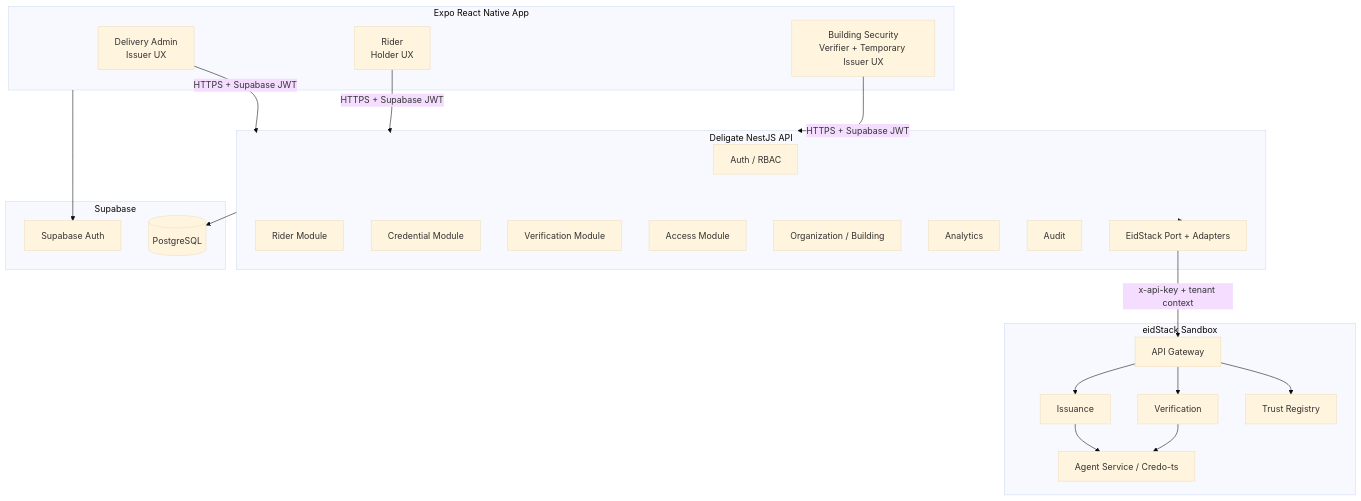
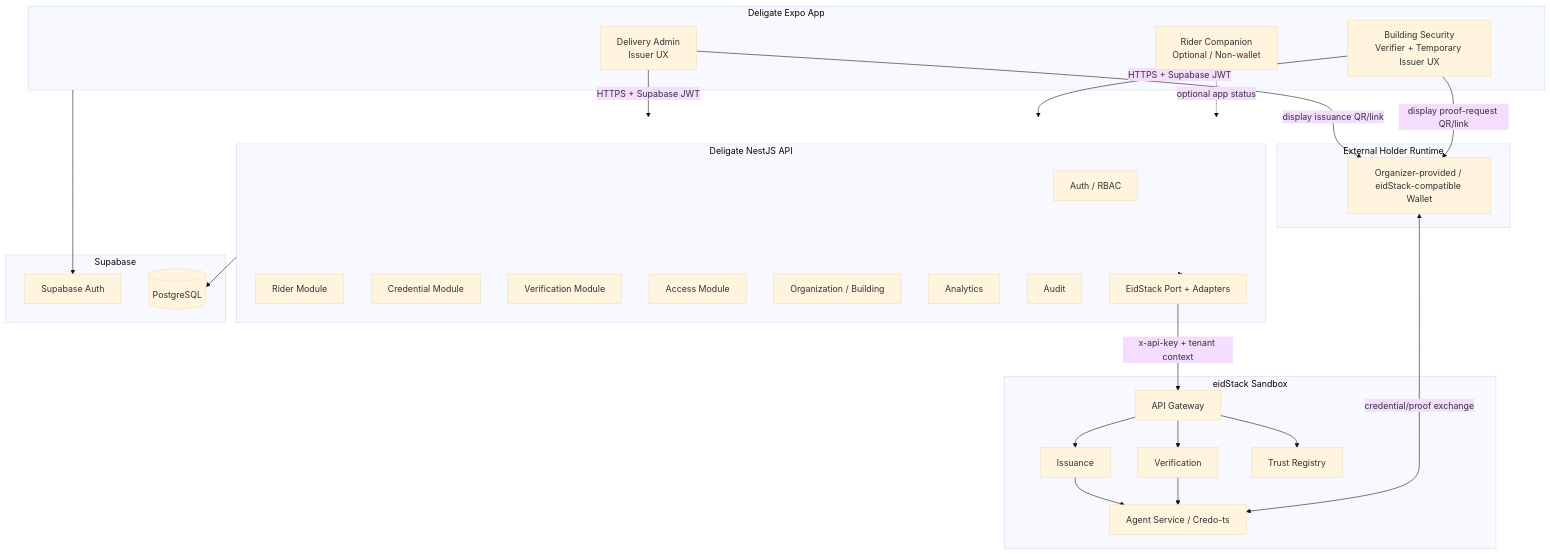
One commit to midhun00071/Deligate changed the first of 4 diagrams in docs/ARCH.md. Above: the diagram before and after it, drawn with Mermaid (base theme). The commit also changed other lines of this file and 36 other files, not shown here.

Commit message:
feat: establish app infrastructure and eidStack boundaries

````diff
--- a/docs/ARCH.md
+++ b/docs/ARCH.md
@@ -5,46 +5,53 @@
 ```mermaid
 flowchart TB
-  subgraph Mobile[Expo React Native App]
+  subgraph Mobile[Deligate Expo App]
     DA[Delivery Admin\nIssuer UX]
-    R[Rider\nHolder UX]
     G[Building Security\nVerifier + Temporary Issuer UX]
+    RC[Rider Companion\nOptional / Non-wallet]
+  end
+
+  subgraph WalletBoundary[External Holder Runtime]
+    W[Organizer-provided / eidStack-compatible Wallet]
   end
 
   subgraph API[Deligate NestJS API]
     AUTH[Auth / RBAC]
     RIDER[Rider Module]
     CRED[Credential Module]
     VERIFY[Verification Module]
     ACCESS[Access Module]
     ORG[Organization / Building]
     ANALYTICS[Analytics]
     AUDIT[Audit]
     EID[EidStack Port + Adapters]
   end
 
   subgraph SUPA[Supabase]
     SA[Supabase Auth]
     DB[(PostgreSQL)]
   end
 
   subgraph EIDS[eidStack Sandbox]
     GW[API Gateway]
     AG[Agent Service / Credo-ts]
     ISS[Issuance]
     VER[Verification]
     TRUST[Trust Registry]
   end
 
   DA -->|HTTPS + Supabase JWT| API
-  R -->|HTTPS + Supabase JWT| API
   G -->|HTTPS + Supabase JWT| API
+  RC -. optional app status .-> API
   Mobile --> SA
   API --> DB
   API --> EID
   EID -->|x-api-key + tenant context| GW
   GW --> ISS
   GW --> VER
   GW --> TRUST
   ISS --> AG
   VER --> AG
+  DA -->|display issuance QR/link| W
+  G -->|display proof-request QR/link| W
+  W <-->|credential/proof exchange| AG
 ```
````
